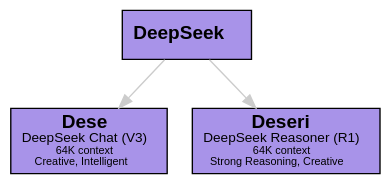
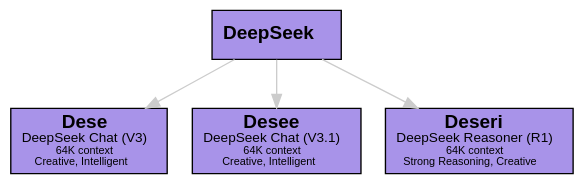
The tenth of 13 diagrams in doc/guide.md (sswam/allemande), drawn with Graphviz before and after one commit. The commit also changed other lines of this file and 1 other file, not shown here.

First line of the commit message:
docs(models): add Desee model and update Dese pricing

````diff
--- a/doc/guide.md
+++ b/doc/guide.md
@@ -537,14 +537,16 @@
 ```dot
 digraph DeepSeek {
     graph [bgcolor=transparent]
     edge [color="#CCCCCC"]
     node [shape=box, style=filled, fillcolor="#A893E9", fontname="Helvetica"]
 
     "DeepSeek" [label=<<b>DeepSeek</b>>]
     "Dese" [label=<<b>Dese</b><br/><font point-size="10">DeepSeek Chat (V3)</font><br/><font point-size="8">64K context</font><br/><font point-size="8">Creative, Intelligent</font>>]
+    "Desee" [label=<<b>Desee</b><br/><font point-size="10">DeepSeek Chat (V3.1)</font><br/><font point-size="8">64K context</font><br/><font point-size="8">Creative, Intelligent</font>>]
     "Deseri" [label=<<b>Deseri</b><br/><font point-size="10">DeepSeek Reasoner (R1)</font><br/><font point-size="8">64K context</font><br/><font point-size="8">Strong Reasoning, Creative</font>>]
 
     "DeepSeek" -> "Dese"
+    "DeepSeek" -> "Desee"
     "DeepSeek" -> "Deseri"
 }
 ```
````
